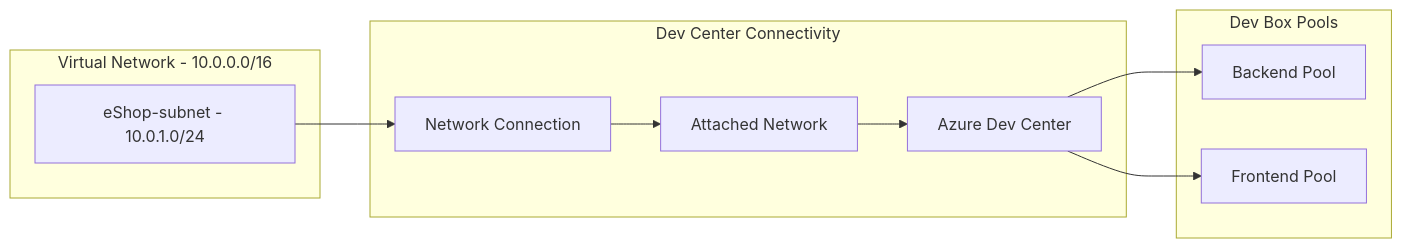
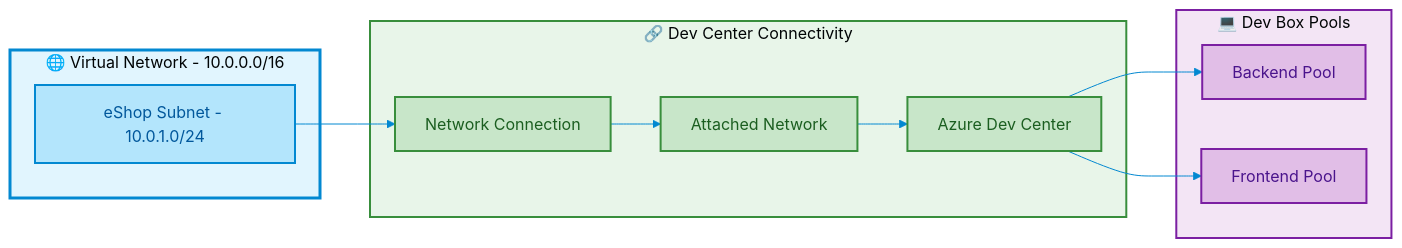
One commit to Evilazaro/DevExp-DevBox changed the fourth of 8 diagrams in docs/architecture/Technology.md. Above: the diagram before and after it, drawn with Mermaid. The commit also changed other lines of this file, not shown here.

Commit message:
docs: enhance Technology Architecture diagrams with improved styling and clarity

````diff
--- a/docs/architecture/Technology.md
+++ b/docs/architecture/Technology.md
@@ -257,23 +306,32 @@
 ```mermaid
+%%{init: {'theme': 'base', 'themeVariables': {'primaryColor': '#E1F5FE', 'lineColor': '#0288D1'}}}%%
 flowchart LR
-    subgraph VNet["Virtual Network - 10.0.0.0/16"]
-        subnet["eShop-subnet - 10.0.1.0/24"]
+    classDef network fill:#B3E5FC,stroke:#0288D1,stroke-width:2px,color:#01579B
+    classDef connectivity fill:#C8E6C9,stroke:#388E3C,stroke-width:2px,color:#1B5E20
+    classDef devbox fill:#E1BEE7,stroke:#7B1FA2,stroke-width:2px,color:#4A148C
+
+    subgraph VNet["🌐 Virtual Network - 10.0.0.0/16"]
+        subnet["eShop Subnet - 10.0.1.0/24"]:::network
     end
 
-    subgraph DevCenterConn["Dev Center Connectivity"]
-        nc["Network Connection"]
-        att["Attached Network"]
-        dc["Azure Dev Center"]
+    subgraph DevCenterConn["🔗 Dev Center Connectivity"]
+        nc["Network Connection"]:::connectivity
+        att["Attached Network"]:::connectivity
+        dc["Azure Dev Center"]:::connectivity
     end
 
-    subgraph DevBoxes["Dev Box Pools"]
-        backend["Backend Pool"]
-        frontend["Frontend Pool"]
+    subgraph DevBoxes["💻 Dev Box Pools"]
+        backend["Backend Pool"]:::devbox
+        frontend["Frontend Pool"]:::devbox
     end
+
+    style VNet fill:#E1F5FE,stroke:#0288D1,stroke-width:3px
+    style DevCenterConn fill:#E8F5E9,stroke:#388E3C,stroke-width:2px
+    style DevBoxes fill:#F3E5F5,stroke:#7B1FA2,stroke-width:2px
 
     subnet --> nc
     nc --> att
     att --> dc
     dc --> backend
     dc --> frontend
 ```
````
